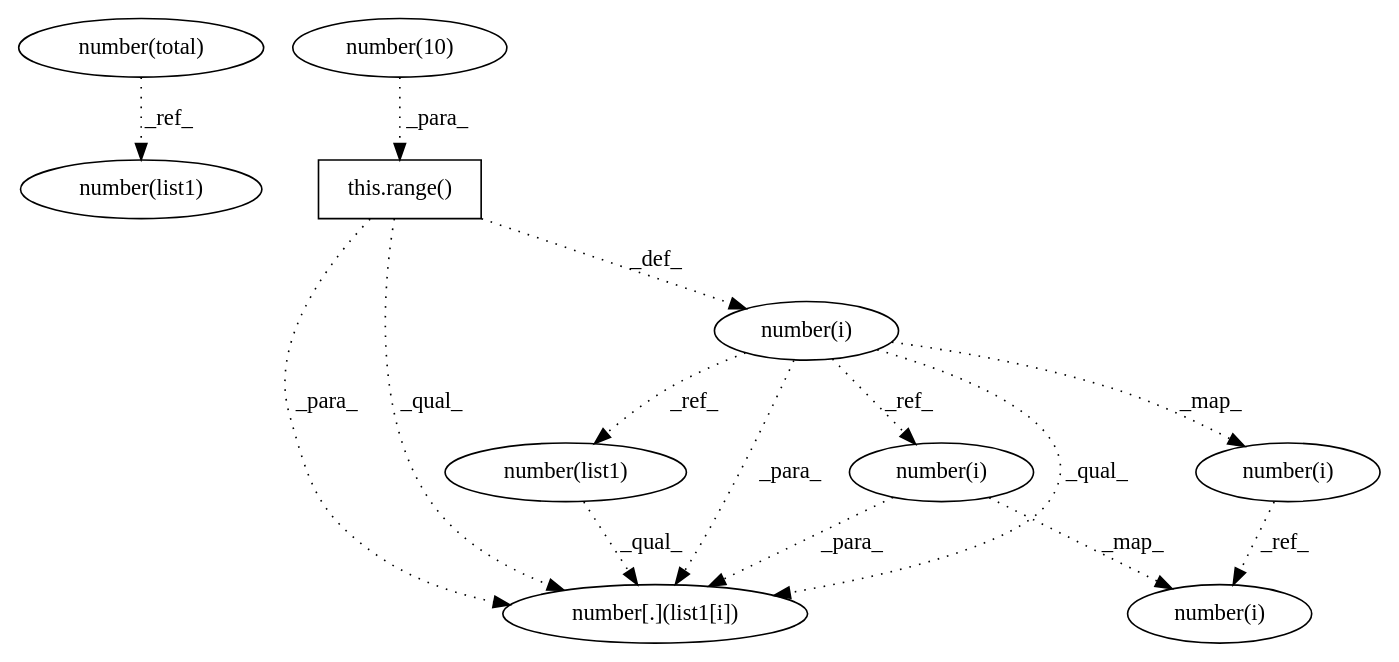
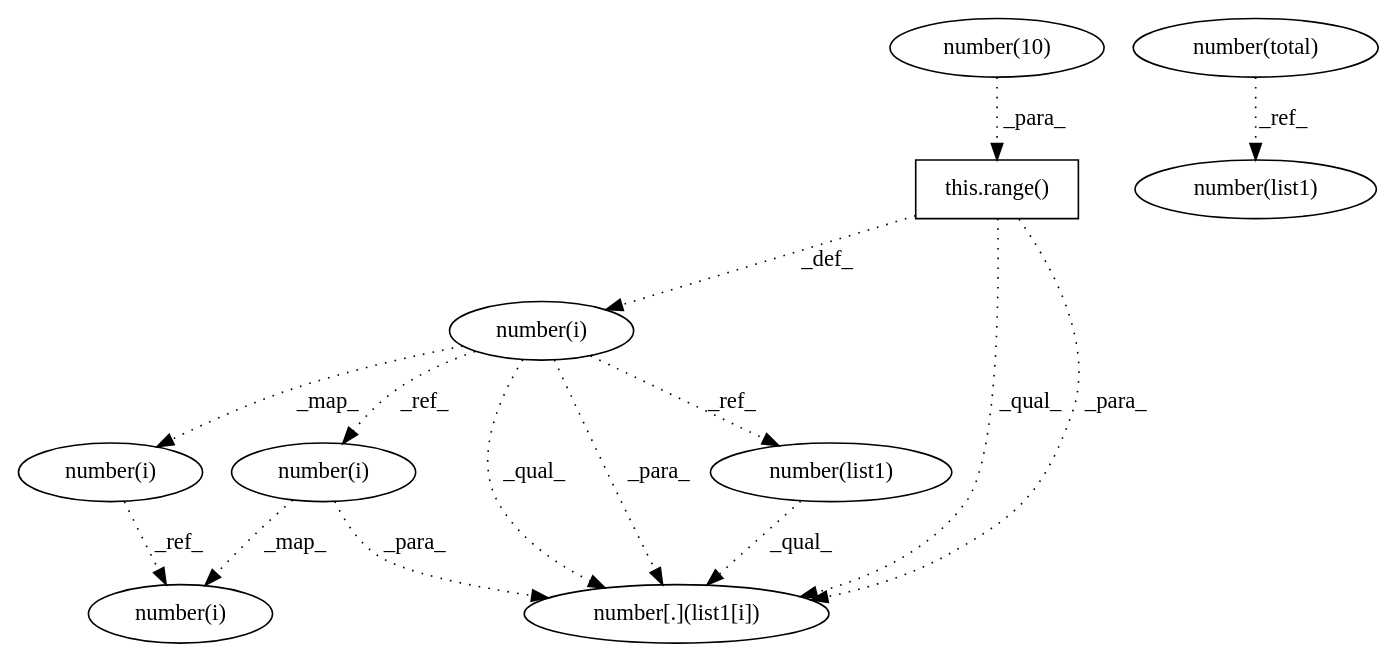
Before and after one commit to maldil/R-CPATMiner: the diagram in AtomicASTChangeMining/OUTPUT/DEBUG/5d4498e4bbfeb40f74b0d8124c48ae1fc922a592___0.dot, drawn with Graphviz. The commit also changed 76 other files, not shown here.

```diff
--- a/AtomicASTChangeMining/OUTPUT/DEBUG/5d4498e4bbfeb40f74b0d8124c48ae1fc922a592___0.dot
+++ b/AtomicASTChangeMining/OUTPUT/DEBUG/5d4498e4bbfeb40f74b0d8124c48ae1fc922a592___0.dot
@@ -1,26 +1,26 @@
 digraph G {
-1 [label="number(total)" shape=ellipse]
-2 [label="number[.](list1[i])" shape=ellipse]
-3 [label="number(list1)" shape=ellipse]
-4 [label="number(i)" shape=ellipse]
-5 [label="this.range()" shape=box]
+1 [label="number(10)" shape=ellipse]
+2 [label="number(i)" shape=ellipse]
+3 [label="number(i)" shape=ellipse]
+4 [label="number(list1)" shape=ellipse]
+5 [label="number(i)" shape=ellipse]
 6 [label="number(i)" shape=ellipse]
-7 [label="number(i)" shape=ellipse]
-8 [label="number(10)" shape=ellipse]
-9 [label="number(i)" shape=ellipse]
-10 [label="number(list1)" shape=ellipse]
-10 -> 2 [label="_qual_" style=dotted];
-4 -> 2 [label="_para_" style=dotted];
-9 -> 2 [label="_para_" style=dotted];
-5 -> 2 [label="_para_" style=dotted];
-9 -> 2 [label="_qual_" style=dotted];
-5 -> 2 [label="_qual_" style=dotted];
-1 -> 3 [label="_ref_" style=dotted];
-9 -> 4 [label="_ref_" style=dotted];
-8 -> 5 [label="_para_" style=dotted];
-7 -> 6 [label="_ref_" style=dotted];
-4 -> 6 [label="_map_" style=dotted];
-9 -> 7 [label="_map_" style=dotted];
-5 -> 9 [label="_def_" style=dotted];
-9 -> 10 [label="_ref_" style=dotted];
+7 [label="number(total)" shape=ellipse]
+8 [label="number(list1)" shape=ellipse]
+9 [label="number[.](list1[i])" shape=ellipse]
+10 [label="this.range()" shape=box]
+3 -> 2 [label="_map_" style=dotted];
+10 -> 3 [label="_def_" style=dotted];
+3 -> 4 [label="_ref_" style=dotted];
+3 -> 5 [label="_ref_" style=dotted];
+2 -> 6 [label="_ref_" style=dotted];
+5 -> 6 [label="_map_" style=dotted];
+7 -> 8 [label="_ref_" style=dotted];
+4 -> 9 [label="_qual_" style=dotted];
+5 -> 9 [label="_para_" style=dotted];
+3 -> 9 [label="_qual_" style=dotted];
+10 -> 9 [label="_qual_" style=dotted];
+3 -> 9 [label="_para_" style=dotted];
+10 -> 9 [label="_para_" style=dotted];
+1 -> 10 [label="_para_" style=dotted];
 }
```
